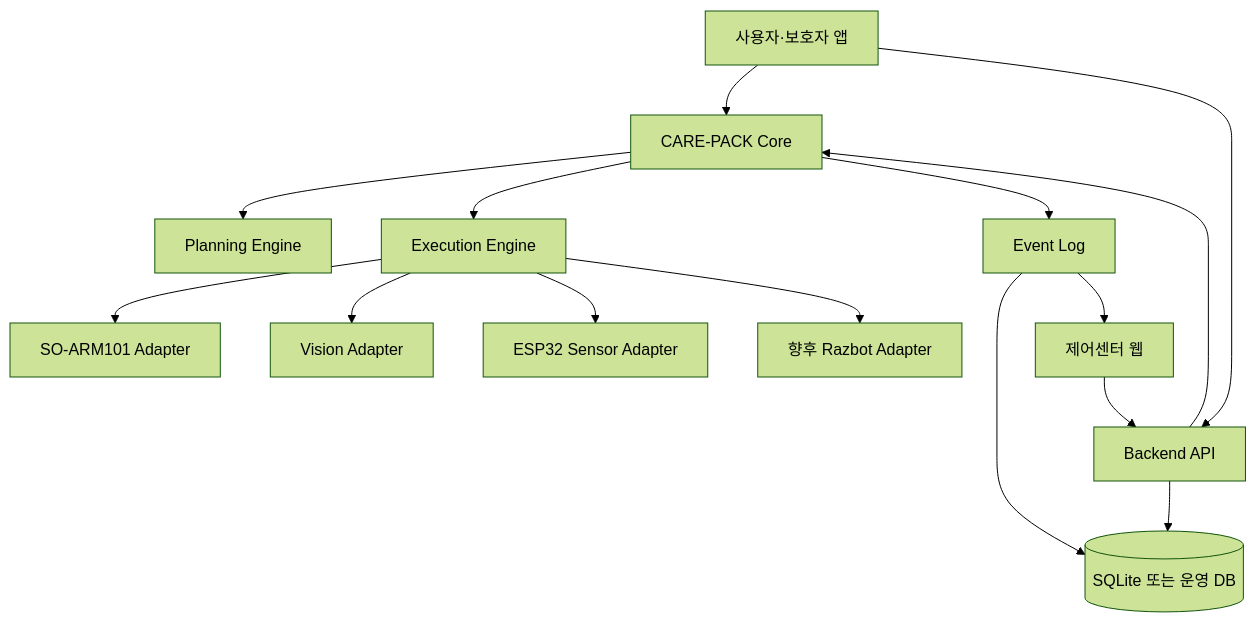
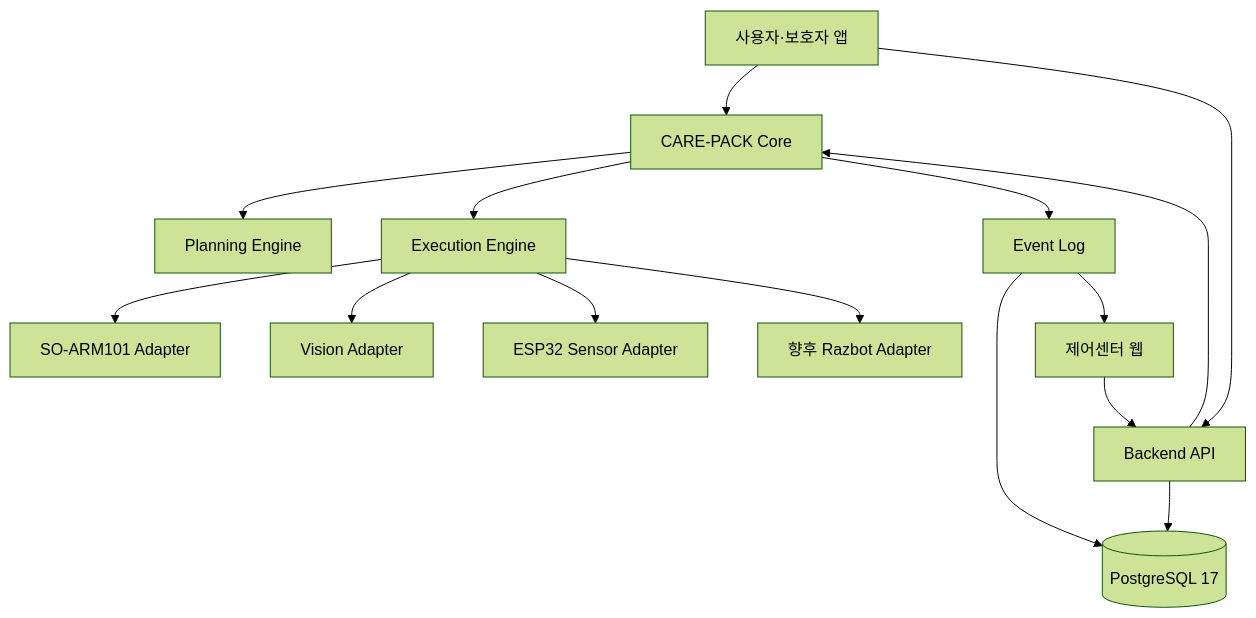
Before and after one commit to chaneepo/2026ESWContest_free_HomeProtector: the second of 2 diagrams in docs/ko/01_SYSTEM_ARCHITECTURE.md, drawn with Mermaid (forest theme). The commit also changed other lines of this file and 35 other files, not shown here.

Commit message:
PostgreSQL 기반 백엔드와 데이터 모델 구축

````diff
--- a/docs/ko/01_SYSTEM_ARCHITECTURE.md
+++ b/docs/ko/01_SYSTEM_ARCHITECTURE.md
@@ -33,17 +33,17 @@
 ```mermaid
 flowchart TD
     APP[사용자·보호자 앱] --> CORE[CARE-PACK Core]
     WEB[제어센터 웹] --> API[Backend API]
     APP --> API
     API --> CORE
     CORE --> PLAN[Planning Engine]
     CORE --> EXEC[Execution Engine]
     EXEC --> ARM[SO-ARM101 Adapter]
     EXEC --> VISION[Vision Adapter]
     EXEC --> SENSOR[ESP32 Sensor Adapter]
     EXEC --> RAZ[향후 Razbot Adapter]
-    API --> DB[(SQLite 또는 운영 DB)]
+    API --> DB[(PostgreSQL 17)]
     CORE --> EVENTS[Event Log]
     EVENTS --> DB
     EVENTS --> WEB
 ```
````
